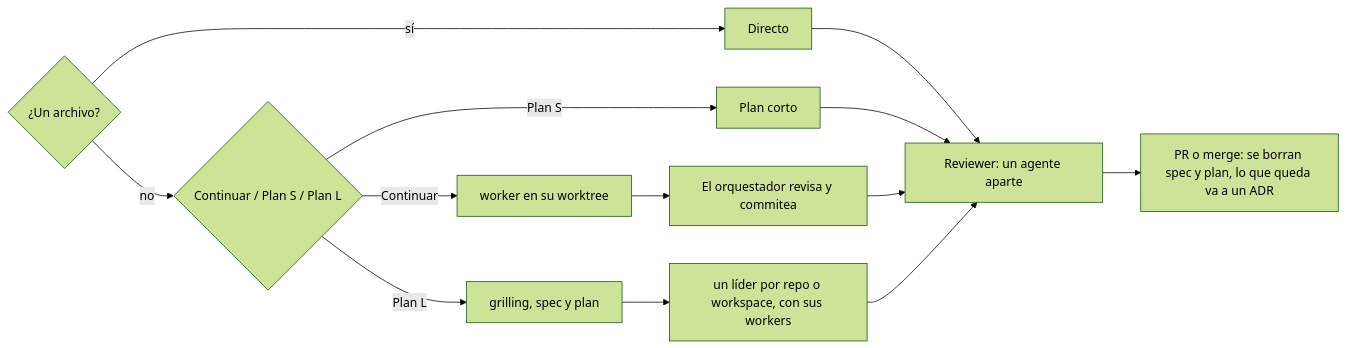
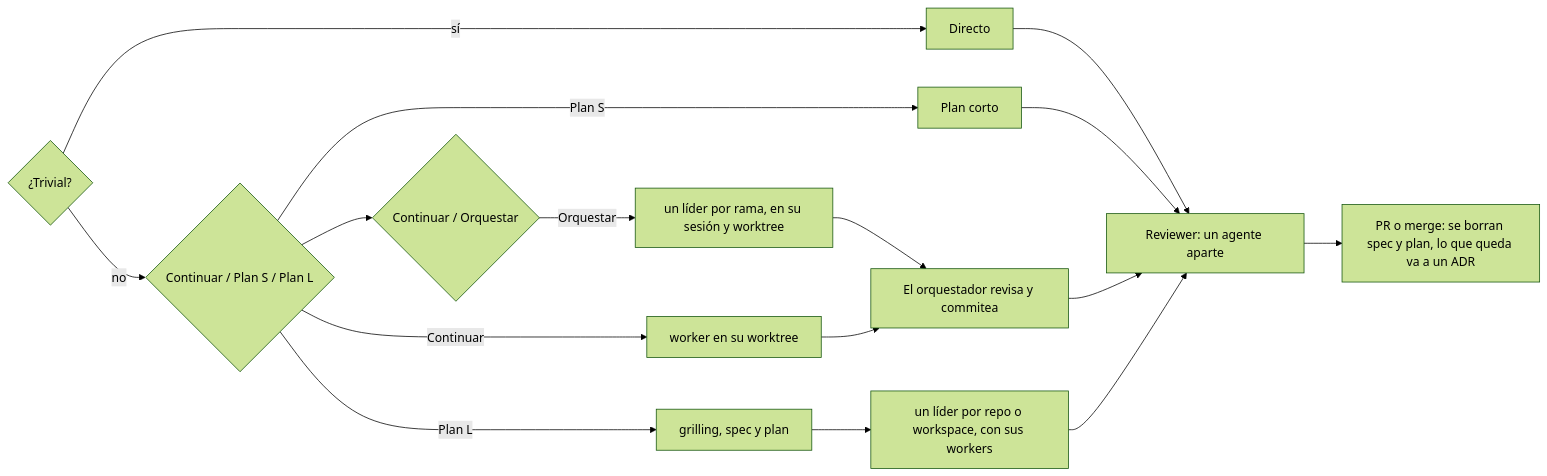
One commit to LorenGrz/agents-config changed the diagram in README.md. Above: the diagram before and after it, drawn with Mermaid (forest theme). The commit also changed other lines of this file and 5 other files, not shown here.

Commit message:
feat(lanes): siempre preguntar el carril y después Continuar/Orquestar (ADR 0040)

````diff
--- a/README.md
+++ b/README.md
@@ -50,10 +50,11 @@
 ```mermaid
 flowchart LR
-  Q{"¿Un archivo?"} -- sí --> D[Directo]
-  Q -- no --> P{"Continuar / Plan S / Plan L"}
+  Q{"¿Trivial?"} -- sí --> D[Directo]
+  Q -- no --> P{"Continuar / Plan S / Plan L"} --> OQ{"Continuar / Orquestar"}
+  OQ -- Orquestar --> LO[un líder por rama, en su sesión y worktree] --> O
   P -- Continuar --> W[worker en su worktree]
   P -- Plan S --> S[Plan corto]
   P -- Plan L --> G[grilling, spec y plan] --> WL[un líder por repo o workspace, con sus workers]
   W --> O[El orquestador revisa y commitea]
   D & S & O & WL --> R[Reviewer: un agente aparte] --> M["PR o merge: se borran spec y plan, lo que queda va a un ADR"]
 ```
````
